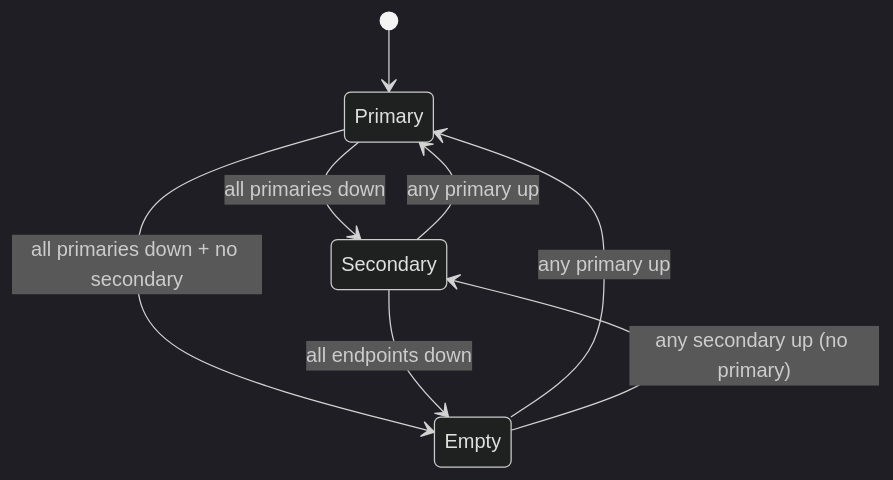
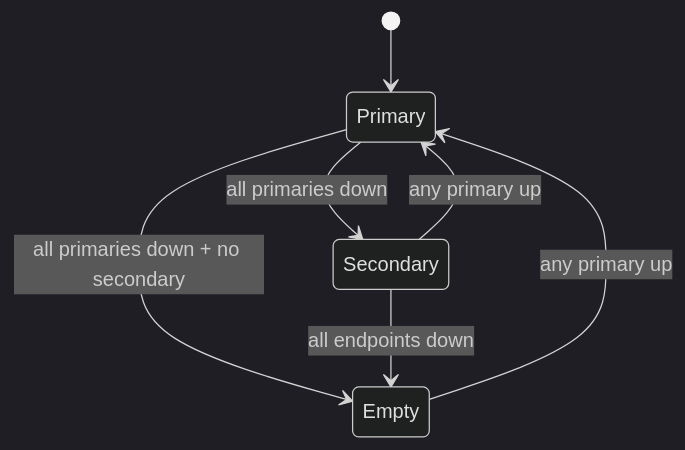
The first of 2 diagrams in docs/routing/overlay-ecmp-enhancements.md (aoki-taquan/sonic-unofficial-docs), drawn with Mermaid (dark theme) before and after one commit. The commit also changed other lines of this file and 7 other files, not shown here.

````diff
--- a/docs/routing/overlay-ecmp-enhancements.md
+++ b/docs/routing/overlay-ecmp-enhancements.md
@@ -90,10 +62,9 @@
 ```mermaid
 stateDiagram-v2
     [*] --> Primary
     Primary --> Secondary: all primaries down
     Secondary --> Primary: any primary up
     Primary --> Empty: all primaries down + no secondary
     Secondary --> Empty: all endpoints down
     Empty --> Primary: any primary up
-    Empty --> Secondary: any secondary up (no primary)
 ```
````
